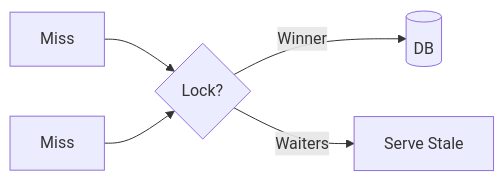
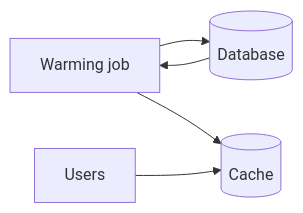
Before and after one commit to hareramcse/SystemDesign: diagram 14 of 14 in 03-caching/README.md, drawn with Mermaid. The commit also changed other lines of this file and 15 other files, not shown here.

````diff
--- a/03-caching/README.md
+++ b/03-caching/README.md
@@ -153,7 +702,7 @@
 ```mermaid
 flowchart LR
-    Miss1[Miss] --> Lock{Lock?}
-    Miss2[Miss] --> Lock
-    Lock -->|Winner| DB[(DB)]
-    Lock -->|Waiters| Stale[Serve Stale]
+    Job[Warming job] --> DB[(Database)]
+    DB --> Job
+    Job --> Cache[(Cache)]
+    Users[Users] --> Cache
 ```
````
